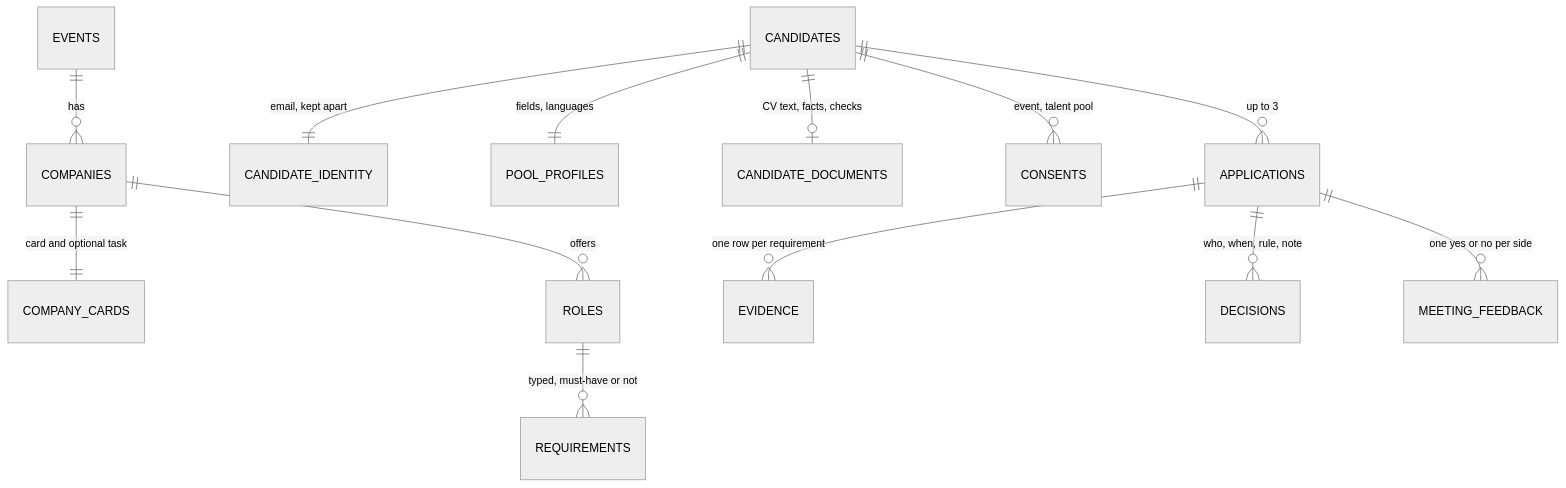
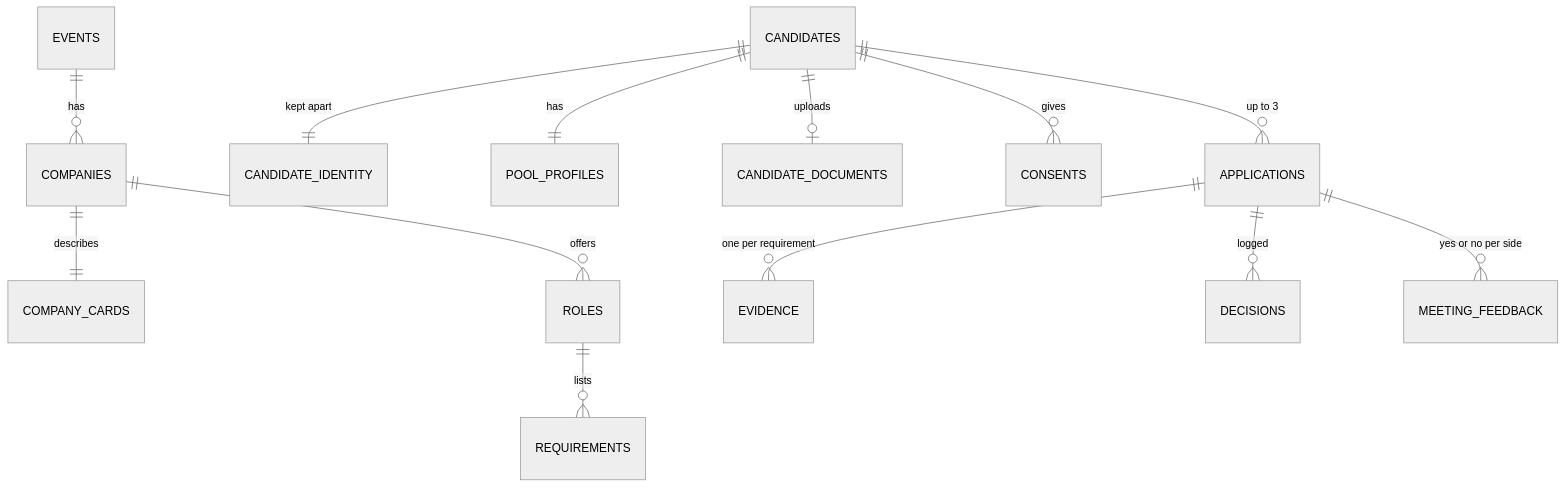
One commit to kassxxv/junction-2026-lafa changed the third of 3 diagrams in README.md. Above: the diagram before and after it, drawn with Mermaid (neutral theme). The commit also changed other lines of this file, not shown here.

````diff
--- a/README.md
+++ b/README.md
@@ -176,15 +162,15 @@
 ```mermaid
 erDiagram
   EVENTS ||--o{ COMPANIES : has
-  COMPANIES ||--|| COMPANY_CARDS : "card and optional task"
+  COMPANIES ||--|| COMPANY_CARDS : describes
   COMPANIES ||--o{ ROLES : offers
-  ROLES ||--o{ REQUIREMENTS : "typed, must-have or not"
-  CANDIDATES ||--|| CANDIDATE_IDENTITY : "email, kept apart"
-  CANDIDATES ||--|| POOL_PROFILES : "fields, languages"
-  CANDIDATES ||--o| CANDIDATE_DOCUMENTS : "CV text, facts, checks"
-  CANDIDATES ||--o{ CONSENTS : "event, talent pool"
+  ROLES ||--o{ REQUIREMENTS : lists
+  CANDIDATES ||--|| CANDIDATE_IDENTITY : "kept apart"
+  CANDIDATES ||--|| POOL_PROFILES : has
+  CANDIDATES ||--o| CANDIDATE_DOCUMENTS : uploads
+  CANDIDATES ||--o{ CONSENTS : gives
   CANDIDATES ||--o{ APPLICATIONS : "up to 3"
-  APPLICATIONS ||--o{ EVIDENCE : "one row per requirement"
-  APPLICATIONS ||--o{ DECISIONS : "who, when, rule, note"
-  APPLICATIONS ||--o{ MEETING_FEEDBACK : "one yes or no per side"
+  APPLICATIONS ||--o{ EVIDENCE : "one per requirement"
+  APPLICATIONS ||--o{ DECISIONS : logged
+  APPLICATIONS ||--o{ MEETING_FEEDBACK : "yes or no per side"
 ```
````
